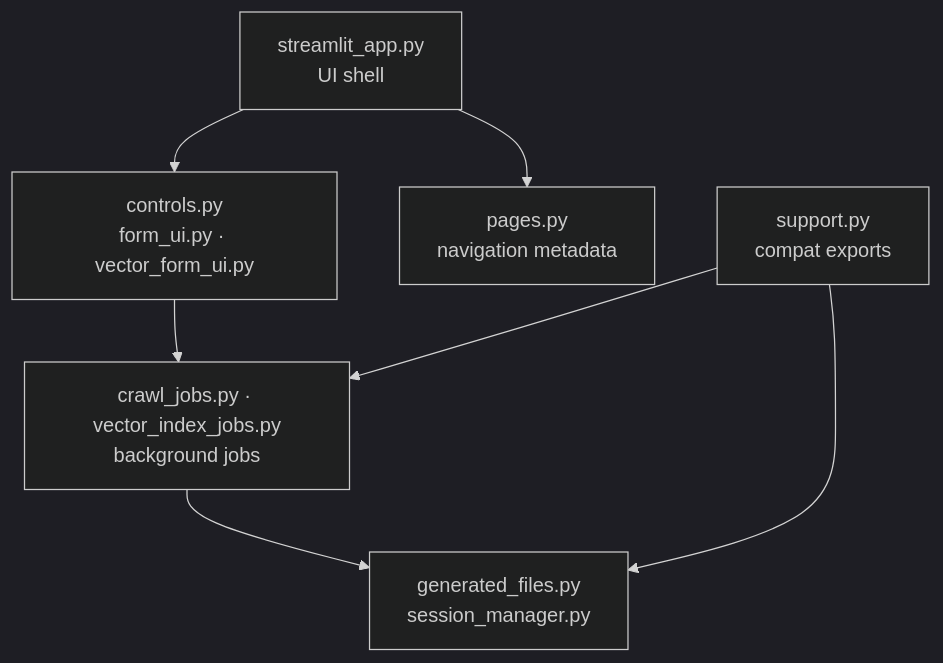
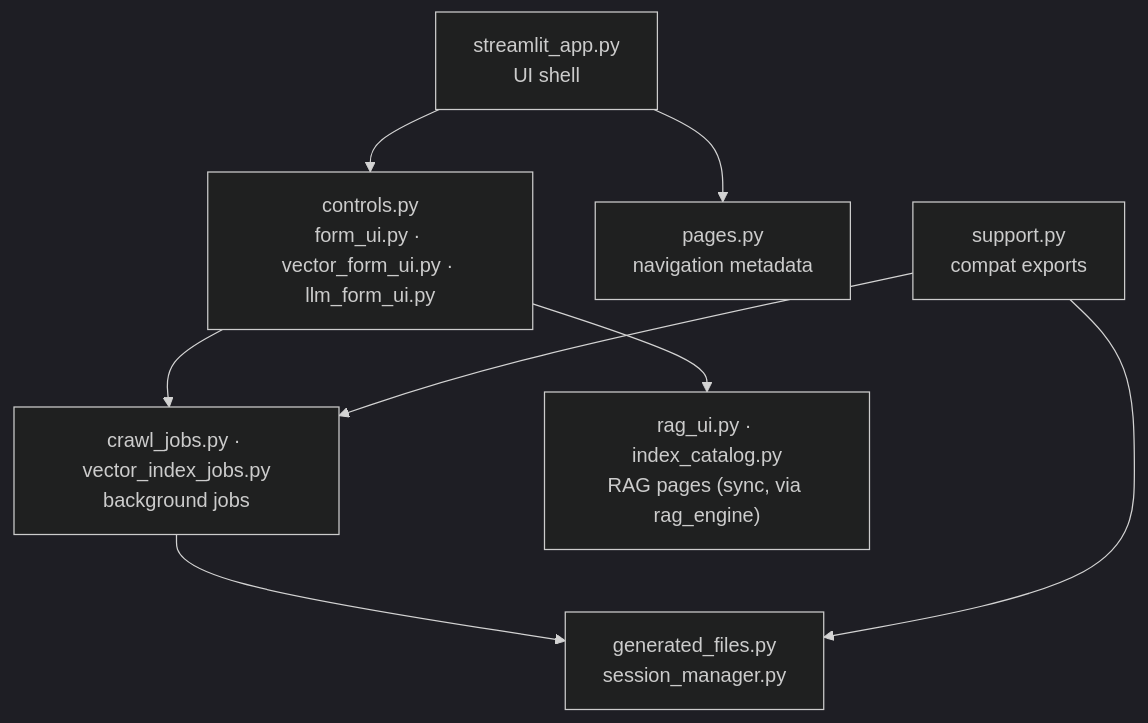
The seventh of 7 diagrams in docs/ARCHITECTURE.md (prakosd/rag-playground), drawn with Mermaid (dark theme) before and after one commit. The commit also changed other lines of this file and 65 other files, not shown here.

First line of the commit message:
Implement retrieval-augmented generation (RAG) engine with echo model fallback

````diff
--- a/docs/ARCHITECTURE.md
+++ b/docs/ARCHITECTURE.md
@@ -88,9 +122,10 @@
 ```mermaid
 flowchart TD
-  App["streamlit_app.py<br/>UI shell"] --> Inputs["controls.py<br/>form_ui.py · vector_form_ui.py"]
+  App["streamlit_app.py<br/>UI shell"] --> Inputs["controls.py<br/>form_ui.py · vector_form_ui.py · llm_form_ui.py"]
   App --> Pages["pages.py<br/>navigation metadata"]
   Inputs --> Jobs["crawl_jobs.py · vector_index_jobs.py<br/>background jobs"]
+  Inputs --> Rag["rag_ui.py · index_catalog.py<br/>RAG pages (sync, via rag_engine)"]
   Jobs --> Outputs["generated_files.py<br/>session_manager.py"]
   Support["support.py<br/>compat exports"] --> Jobs
   Support --> Outputs
 ```
````
